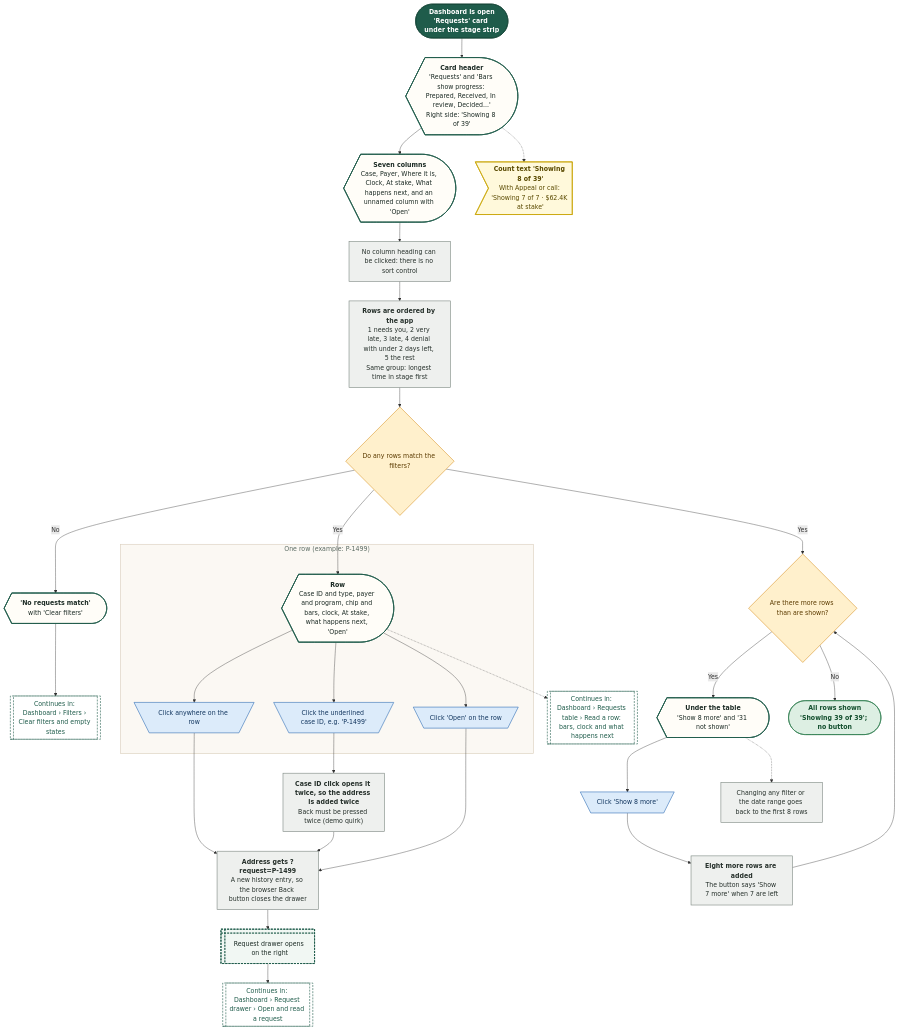
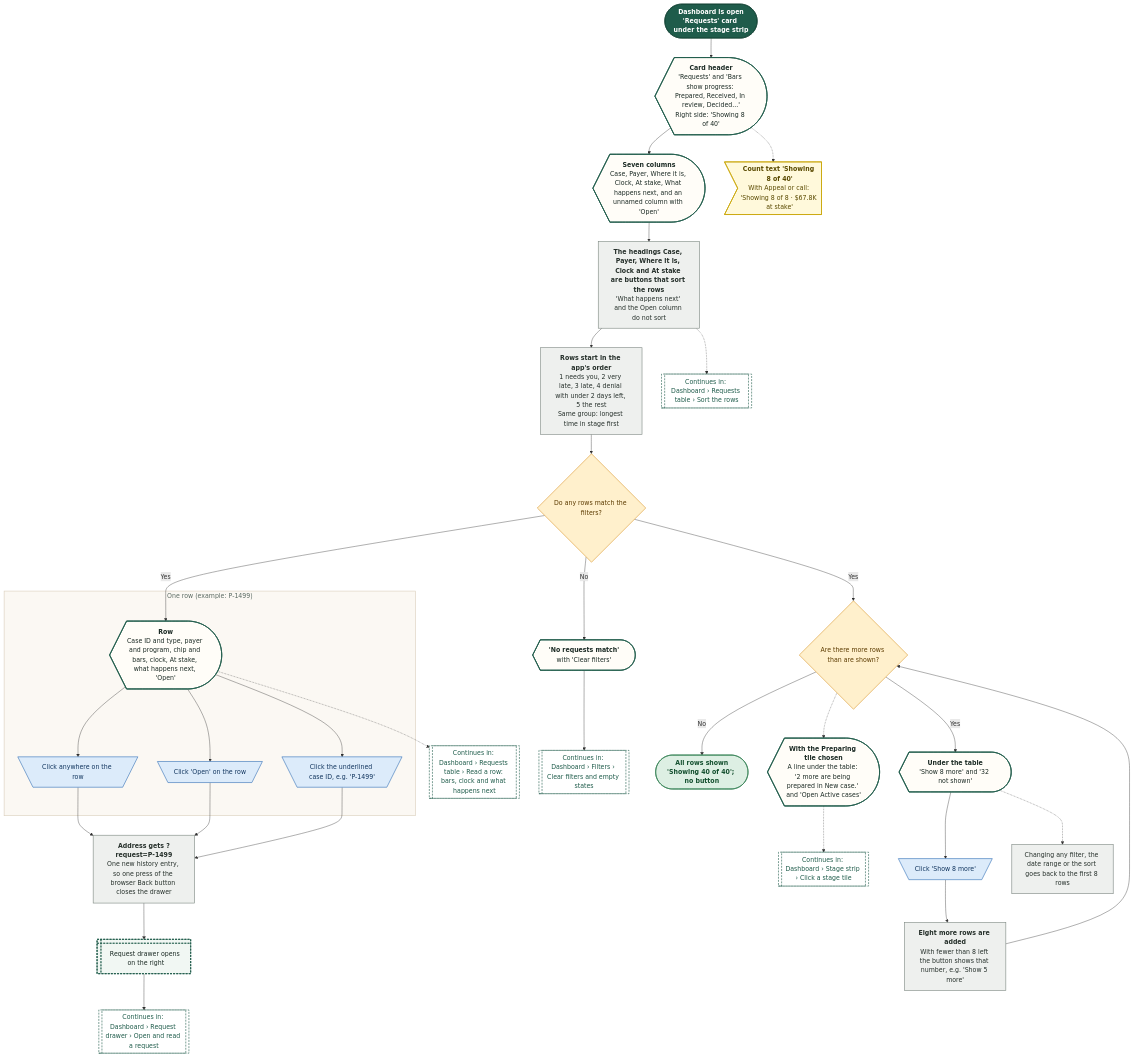
Before and after one commit to Shrav143/psyfloapp: the ninth of 19 diagrams in demos/prior-auth-demo/workflows/out/md/02-dashboard.md, drawn with Mermaid. The commit also changed other lines of this file and 195 other files, not shown here.

First line of the commit message:
docs: Rebuild workflow diagrams after the demo fixes (220 diagrams)

````diff
--- a/demos/prior-auth-demo/workflows/out/md/02-dashboard.md
+++ b/demos/prior-auth-demo/workflows/out/md/02-dashboard.md
@@ -635,70 +660,74 @@
 ```mermaid
 %%{init: {"theme":"base","themeVariables":{"fontFamily":"'DM Sans', 'Segoe UI', system-ui, sans-serif","fontSize":"15px","lineColor":"#5B6B63","primaryTextColor":"#1C2B25","clusterBkg":"#FBF8F3","clusterBorder":"#D9CDBB","edgeLabelBackground":"#FFFFFF"},"flowchart":{"curve":"basis","nodeSpacing":36,"rankSpacing":48,"padding":12,"htmlLabels":true,"useMaxWidth":false,"wrappingWidth":230}} }%%
 flowchart TD
   classDef k_start fill:#1F5C4B,stroke:#174638,color:#FFFFFF,stroke-width:1.5px,font-weight:600
   classDef k_end fill:#DDEFE3,stroke:#2E7D4F,color:#14502F,stroke-width:1.5px,font-weight:600
   classDef k_endx fill:#FBE3E0,stroke:#C0392B,color:#7A1F16,stroke-width:1.5px,font-weight:600
   classDef k_screen fill:#FFFDF8,stroke:#1F5C4B,color:#1C2B25,stroke-width:2px
   classDef k_overlay fill:#F1F7F3,stroke:#1F5C4B,color:#1C2B25,stroke-width:2px,stroke-dasharray:5 3
   classDef k_click fill:#DCEBFA,stroke:#2F6DB5,color:#12365F,stroke-width:1.5px
   classDef k_input fill:#E4E7FF,stroke:#4C5FD5,color:#1D2670,stroke-width:1.5px
   classDef k_process fill:#EEF0EE,stroke:#7A857F,color:#26302B,stroke-width:1.5px
   classDef k_agent fill:#EEE5FA,stroke:#7A4FC2,color:#341A63,stroke-width:1.5px
   classDef k_decision fill:#FFF0CC,stroke:#D9962B,color:#5C3B00,stroke-width:1.5px
   classDef k_store fill:#D5F0EA,stroke:#1C8E7B,color:#0B4A3F,stroke-width:1.5px
   classDef k_doc fill:#F6E9DC,stroke:#B07A4C,color:#4A2E14,stroke-width:1.5px
   classDef k_ext fill:#FFE6D2,stroke:#E07B39,color:#6B2F06,stroke-width:1.5px
   classDef k_wait fill:#E4E8EE,stroke:#6B7C93,color:#26303D,stroke-width:1.5px
   classDef k_toast fill:#FFF9DB,stroke:#C9A400,color:#5A4A00,stroke-width:1.5px
   classDef k_goto fill:#FFFFFF,stroke:#1F5C4B,color:#1F5C4B,stroke-width:1.5px,stroke-dasharray:5 3
   s1@{ shape: stadium, label: "<b>Dashboard is open</b><br/>'Requests' card under the stage strip" }
-  sc1@{ shape: curv-trap, label: "<b>Card header</b><br/>'Requests' and 'Bars show progress: Prepared, Received, In review, Decided...'<br/>Right side: 'Showing 8 of 39'" }
+  sc1@{ shape: curv-trap, label: "<b>Card header</b><br/>'Requests' and 'Bars show progress: Prepared, Received, In review, Decided...'<br/>Right side: 'Showing 8 of 40'" }
   sc2@{ shape: curv-trap, label: "<b>Seven columns</b><br/>Case, Payer, Where it is, Clock, At stake, What happens next, and an unnamed column with 'Open'" }
-  p1@{ shape: rect, label: "No column heading can be clicked: there is no sort control" }
-  p2@{ shape: rect, label: "<b>Rows are ordered by the app</b><br/>1 needs you, 2 very late, 3 late, 4 denial with under 2 days left, 5 the rest<br/>Same group: longest time in stage first" }
+  p1@{ shape: rect, label: "<b>The headings Case, Payer, Where it is, Clock and At stake are buttons that sort the rows</b><br/>'What happens next' and the Open column do not sort" }
+  p2@{ shape: rect, label: "<b>Rows start in the app's order</b><br/>1 needs you, 2 very late, 3 late, 4 denial with under 2 days left, 5 the rest<br/>Same group: longest time in stage first" }
   d0@{ shape: diam, label: "Do any rows match the filters?" }
   em@{ shape: curv-trap, label: "<b>'No requests match'</b><br/>with 'Clear filters'" }
   subgraph gRow ["One row (example: P-1499)"]
   r1@{ shape: curv-trap, label: "<b>Row</b><br/>Case ID and type, payer and program, chip and bars, clock, At stake, what happens next, 'Open'" }
   c1@{ shape: trap-t, label: "Click anywhere on the row" }
   c2@{ shape: trap-t, label: "Click the underlined case ID, e.g. 'P-1499'" }
   c3@{ shape: trap-t, label: "Click 'Open' on the row" }
   end
-  p3@{ shape: rect, label: "<b>Address gets ?request=P-1499</b><br/>A new history entry, so the browser Back button closes the drawer" }
-  p4@{ shape: rect, label: "<b>Case ID click opens it twice, so the address is added twice</b><br/>Back must be pressed twice (demo quirk)" }
+  p3@{ shape: rect, label: "<b>Address gets ?request=P-1499</b><br/>One new history entry, so one press of the browser Back button closes the drawer" }
   o1@{ shape: win-pane, label: "Request drawer opens on the right" }
   g1@{ shape: subproc, label: "Continues in: Dashboard › Request drawer › Open and read a request" }
   g2@{ shape: subproc, label: "Continues in: Dashboard › Requests table › Read a row: bars, clock and what happens next" }
   g3@{ shape: subproc, label: "Continues in: Dashboard › Filters › Clear filters and empty states" }
+  g4@{ shape: subproc, label: "Continues in: Dashboard › Requests table › Sort the rows" }
+  g5@{ shape: subproc, label: "Continues in: Dashboard › Stage strip › Click a stage tile" }
   d1@{ shape: diam, label: "Are there more rows than are shown?" }
-  sc3@{ shape: curv-trap, label: "<b>Under the table</b><br/>'Show 8 more' and '31 not shown'" }
+  sc3@{ shape: curv-trap, label: "<b>Under the table</b><br/>'Show 8 more' and '32 not shown'" }
   c4@{ shape: trap-t, label: "Click 'Show 8 more'" }
-  p5@{ shape: rect, label: "<b>Eight more rows are added</b><br/>The button says 'Show 7 more' when 7 are left" }
-  e1@{ shape: stadium, label: "<b>All rows shown</b><br/>'Showing 39 of 39'; no button" }
-  p6@{ shape: rect, label: "Changing any filter or the date range goes back to the first 8 rows" }
-  t1@{ shape: odd, label: "<b>Count text 'Showing 8 of 39'</b><br/>With Appeal or call: 'Showing 7 of 7 · $62.4K at stake'" }
+  p5@{ shape: rect, label: "<b>Eight more rows are added</b><br/>With fewer than 8 left the button shows that number, e.g. 'Show 5 more'" }
+  e1@{ shape: stadium, label: "<b>All rows shown</b><br/>'Showing 40 of 40'; no button" }
+  p6@{ shape: rect, label: "Changing any filter, the date range or the sort goes back to the first 8 rows" }
+  t1@{ shape: odd, label: "<b>Count text 'Showing 8 of 40'</b><br/>With Appeal or call: 'Showing 8 of 8 · $67.8K at stake'" }
+  sc4@{ shape: curv-trap, label: "<b>With the Preparing tile chosen</b><br/>A line under the table: '2 more are being prepared in New case.' and 'Open Active cases'" }
   s1 --> sc1 --> sc2 --> p1 --> p2 --> d0
   d0 -->|"No"| em --> g3
   d0 -->|"Yes"| r1
   r1 --> c1 & c2 & c3
   c1 --> p3
   c3 --> p3
-  c2 --> p4 --> p3
+  c2 --> p3
   p3 --> o1 --> g1
   r1 -.-> g2
+  p1 -.-> g4
   d0 -->|"Yes"| d1
   sc1 -.-> t1
   d1 -->|"Yes"| sc3 --> c4 --> p5 --> d1
   d1 -->|"No"| e1
   sc3 -.-> p6
+  d1 -.-> sc4 -.-> g5
   class s1 k_start
-  class sc1,sc2,em,r1,sc3 k_screen
-  class p1,p2,p3,p4,p5,p6 k_process
+  class sc1,sc2,em,r1,sc3,sc4 k_screen
+  class p1,p2,p3,p5,p6 k_process
   class d0,d1 k_decision
   class c1,c2,c3,c4 k_click
   class o1 k_overlay
-  class g1,g2,g3 k_goto
+  class g1,g2,g3,g4,g5 k_goto
   class e1 k_end
   class t1 k_toast
   style gRow fill:#FBF8F3,stroke:#D9CDBB,stroke-width:1.5px,color:#5B6B63
 ```
````
